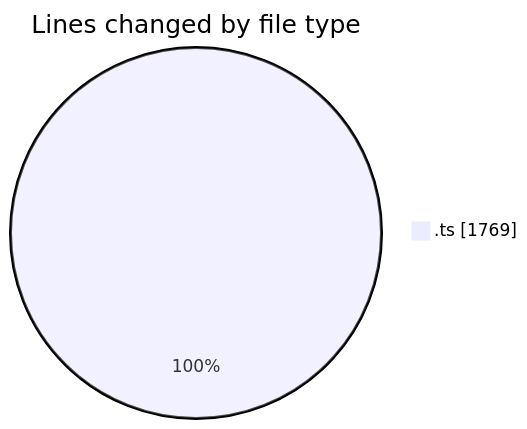
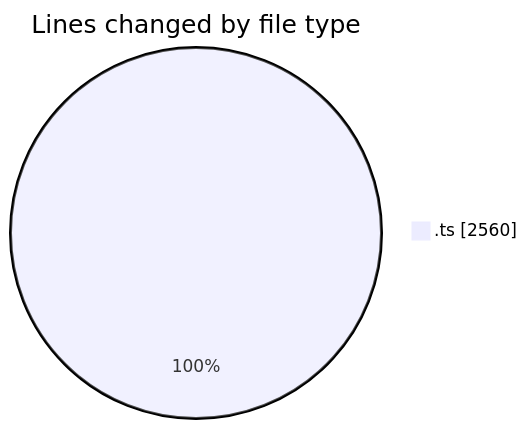
Before and after one commit to momahboobian/code-tracking: the first of 2 diagrams in 2025-06-27/cda/README.md, drawn with Mermaid. The commit also changed other lines of this file and 1 other file, not shown here.

````diff
--- a/2025-06-27/cda/README.md
+++ b/2025-06-27/cda/README.md
@@ -24,5 +25,5 @@
 ```mermaid
 pie showData
 title Lines changed by file type
-".ts" : 1769
+".ts" : 2560
 ```
````
